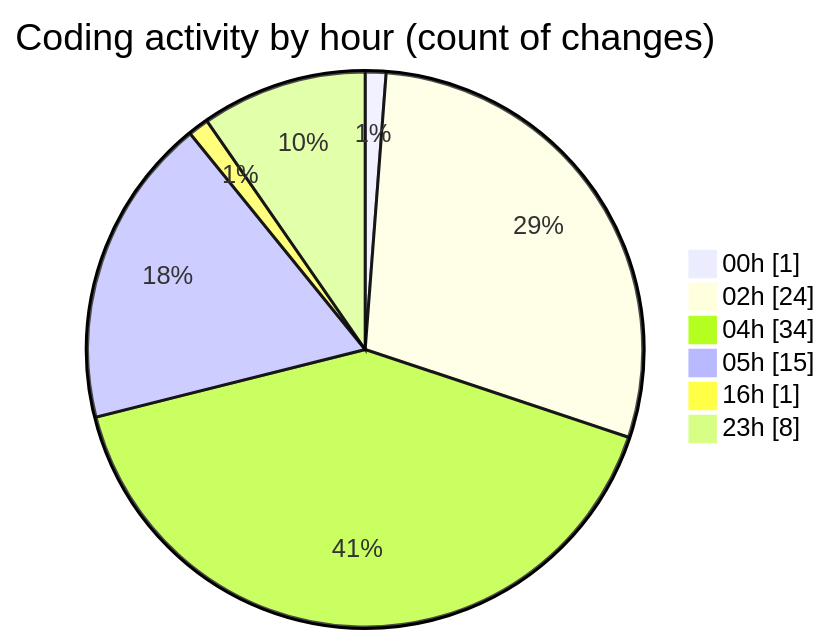
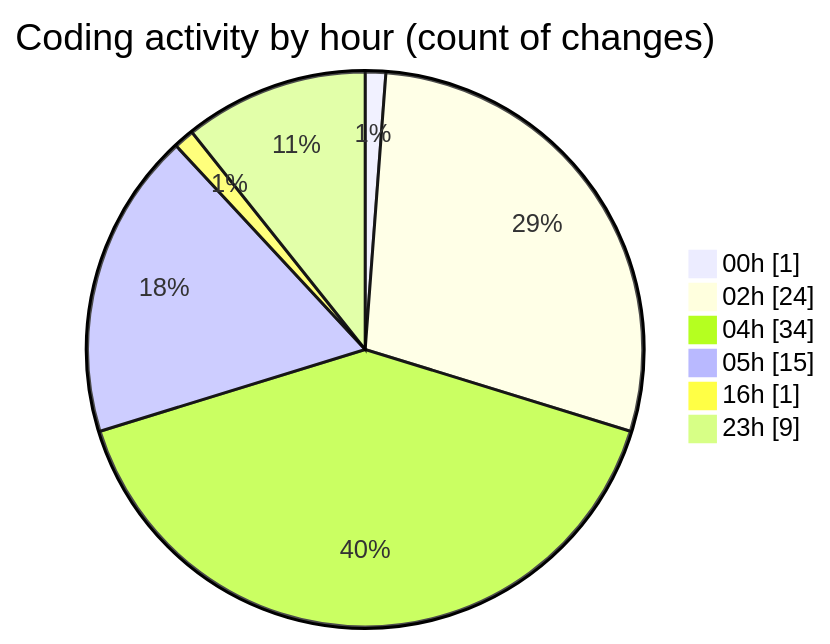
Before and after one commit to julien-gomy/code-tracking: the second of 2 diagrams in 2025-11-23/eventscop-api-guide__workspace_/README.md, drawn with Mermaid. The commit also changed other lines of this file and 1 other file, not shown here.

````diff
--- a/2025-11-23/eventscop-api-guide__workspace_/README.md
+++ b/2025-11-23/eventscop-api-guide__workspace_/README.md
@@ -39,10 +39,10 @@
 ```mermaid
 pie showData
 title Coding activity by hour (count of changes)
 "00h" : 1
 "02h" : 24
 "04h" : 34
 "05h" : 15
 "16h" : 1
-"23h" : 8
+"23h" : 9
 ```
````
